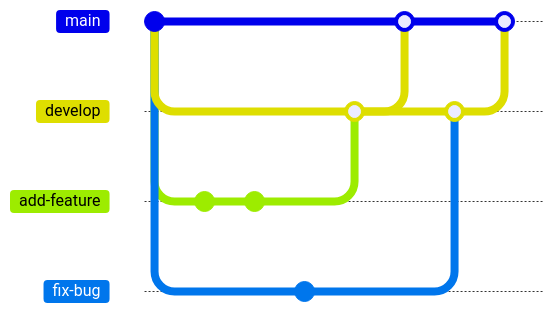
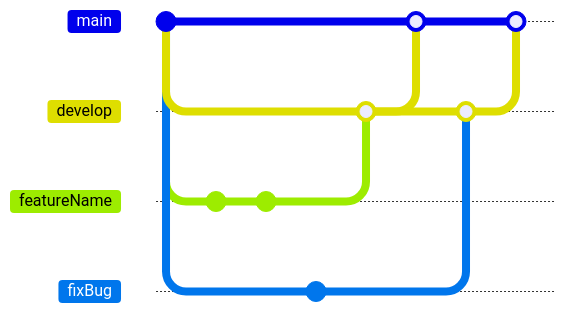
One commit to ivylikethevine/ivylikethevine changed the first of 2 diagrams in content/projects/site-devops/index.md. Above: the diagram before and after it, drawn with Mermaid. The commit also changed other lines of this file and 23 other files, not shown here. Commit ids are hidden.

````diff
--- a/content/projects/site-devops/index.md
+++ b/content/projects/site-devops/index.md
@@ -66,22 +71,22 @@
 ```mermaid
 gitGraph
     commit
     branch develop
     checkout develop
-    branch add-feature
-    checkout add-feature
+    branch featureName
+    checkout featureName
     commit
     commit
     checkout develop
-    branch fix-bug
-    checkout fix-bug
+    branch fixBug
+    checkout fixBug
     commit
     checkout develop
-    merge add-feature
+    merge featureName
     checkout main
     merge develop
     checkout develop
-    merge fix-bug
+    merge fixBug
     checkout main
     merge develop
 ```
````
